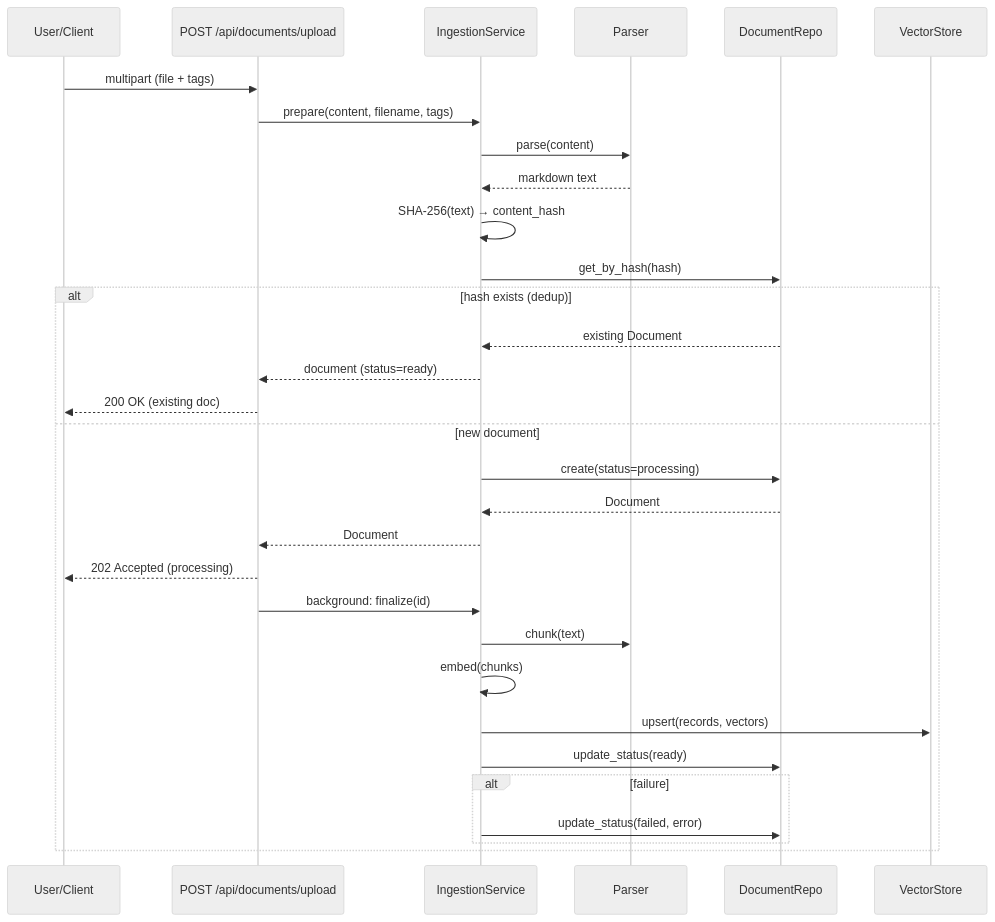
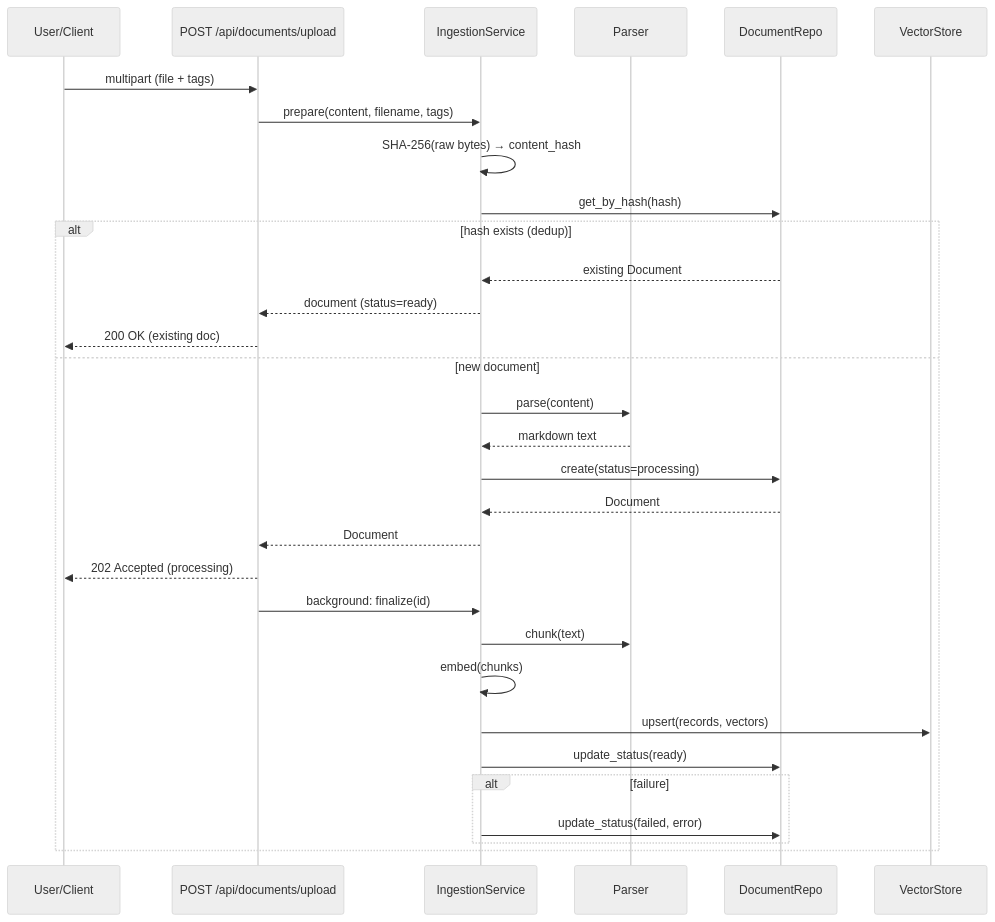
The second of 2 diagrams in README.md (apiraccini/dis), drawn with Mermaid (neutral theme) before and after one commit. The commit also changed other lines of this file and 27 other files, not shown here.

````diff
--- a/README.md
+++ b/README.md
@@ -38,34 +37,34 @@
 ```mermaid
 sequenceDiagram
     participant U as User/Client
     participant API as POST /api/documents/upload
     participant I as IngestionService
     participant P as Parser
     participant R as DocumentRepo
     participant V as VectorStore
 
     U->>API: multipart (file + tags)
     API->>I: prepare(content, filename, tags)
-    I->>P: parse(content)
-    P-->>I: markdown text
-    I->>I: SHA-256(text) → content_hash
+    I->>I: SHA-256(raw bytes) → content_hash
     I->>R: get_by_hash(hash)
     alt hash exists (dedup)
         R-->>I: existing Document
         I-->>API: document (status=ready)
         API-->>U: 200 OK (existing doc)
     else new document
+        I->>P: parse(content)
+        P-->>I: markdown text
         I->>R: create(status=processing)
         R-->>I: Document
         I-->>API: Document
         API-->>U: 202 Accepted (processing)
         API->>I: background: finalize(id)
         I->>P: chunk(text)
         I->>I: embed(chunks)
         I->>V: upsert(records, vectors)
         I->>R: update_status(ready)
         alt failure
             I->>R: update_status(failed, error)
         end
     end
 ```
````
